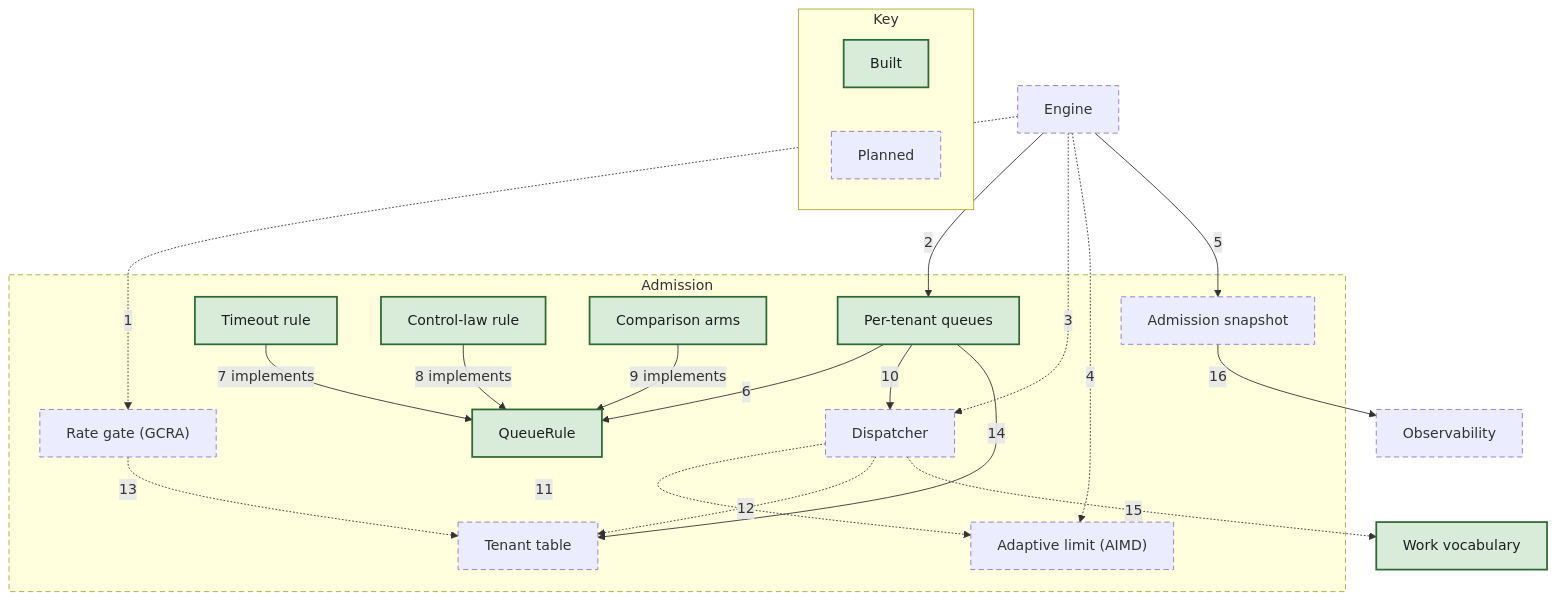
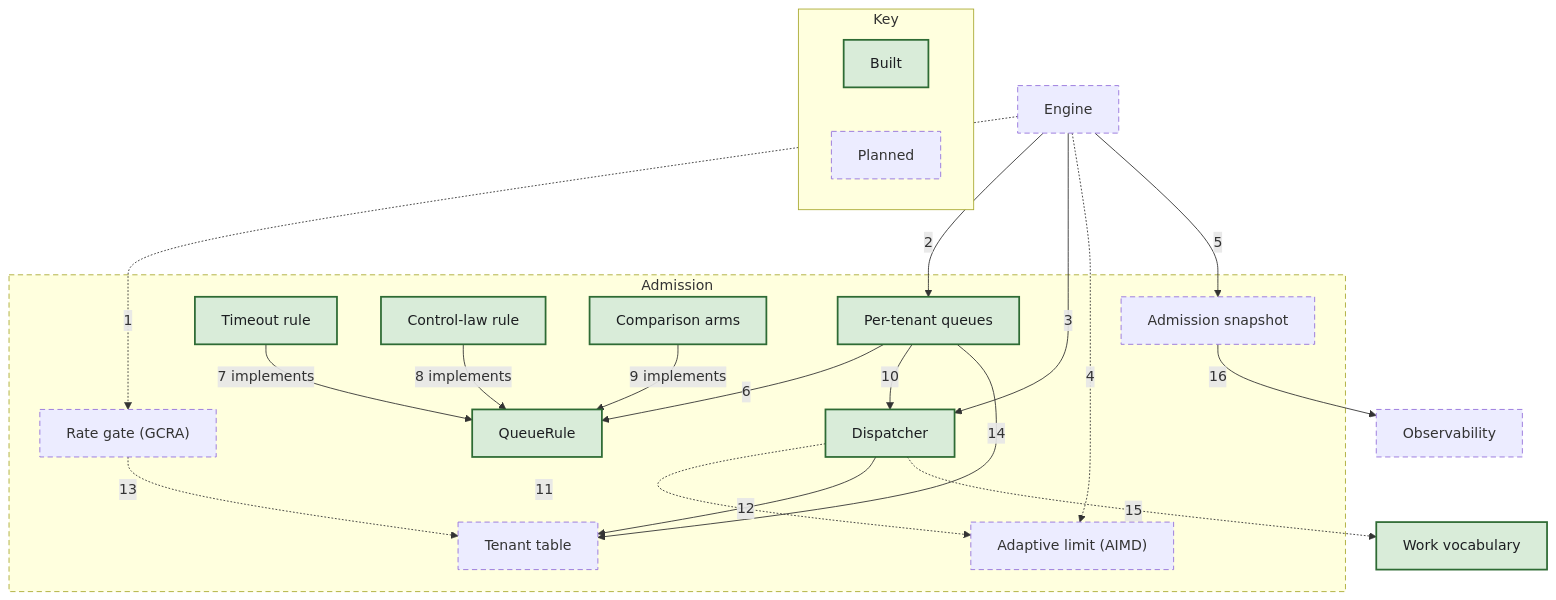
One commit to nickstrad/mini-gateway changed the diagram in docs/c4/diagrams/07-component-admission.mmd. Above: the diagram before and after it, drawn with Mermaid. The commit also changed 16 other files, not shown here.

First line of the commit message:
c4: mark chunk 9's fair dispatcher built and draw its wiring

```diff
--- a/docs/c4/diagrams/07-component-admission.mmd
+++ b/docs/c4/diagrams/07-component-admission.mmd
@@ -1,39 +1,39 @@
 flowchart TB
   N_ENGINE["Engine"]:::planned
   N_WORK["Work vocabulary"]:::built
   N_OBS["Observability"]:::planned
   subgraph SCOPE["Admission"]
     A_GATE["Rate gate (GCRA)"]:::planned
     A_TENANTS["Tenant table"]:::planned
     A_QUEUES["Per-tenant queues"]:::built
     A_RULE["QueueRule"]:::built
     A_RULE_TIMEOUT["Timeout rule"]:::built
     A_RULE_LAW["Control-law rule"]:::built
     A_ARMS["Comparison arms"]:::built
-    A_DISPATCH["Dispatcher"]:::planned
+    A_DISPATCH["Dispatcher"]:::built
     A_LIMIT["Adaptive limit (AIMD)"]:::planned
     A_SNAP["Admission snapshot"]:::planned
   end
   N_ENGINE -.->|1| A_GATE
   N_ENGINE -->|2| A_QUEUES
-  N_ENGINE -.->|3| A_DISPATCH
+  N_ENGINE -->|3| A_DISPATCH
   N_ENGINE -.->|4| A_LIMIT
   N_ENGINE -->|5| A_SNAP
   A_QUEUES -->|6| A_RULE
   A_RULE_TIMEOUT -->|7 implements| A_RULE
   A_RULE_LAW -->|8 implements| A_RULE
   A_ARMS -->|9 implements| A_RULE
   A_QUEUES -->|10| A_DISPATCH
   A_DISPATCH -.->|11| A_LIMIT
-  A_DISPATCH -.->|12| A_TENANTS
+  A_DISPATCH -->|12| A_TENANTS
   A_GATE -.->|13| A_TENANTS
   A_QUEUES -->|14| A_TENANTS
   A_DISPATCH -.->|15| N_WORK
   A_SNAP -->|16| N_OBS
   subgraph KEY["Key"]
     KEY_BUILT["Built"]:::built
     KEY_PLANNED["Planned"]:::planned
   end
   classDef built fill:#d9ecd9,stroke:#2e6b34,stroke-width:2px,color:#1c1e21
   classDef planned stroke-width:1px,stroke-dasharray:6 4
   style SCOPE stroke-dasharray:6 4
```
